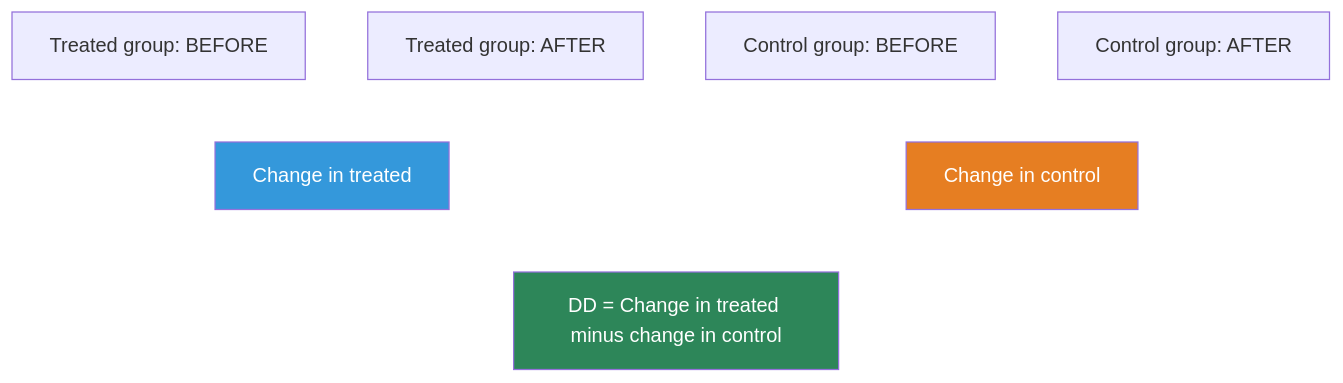
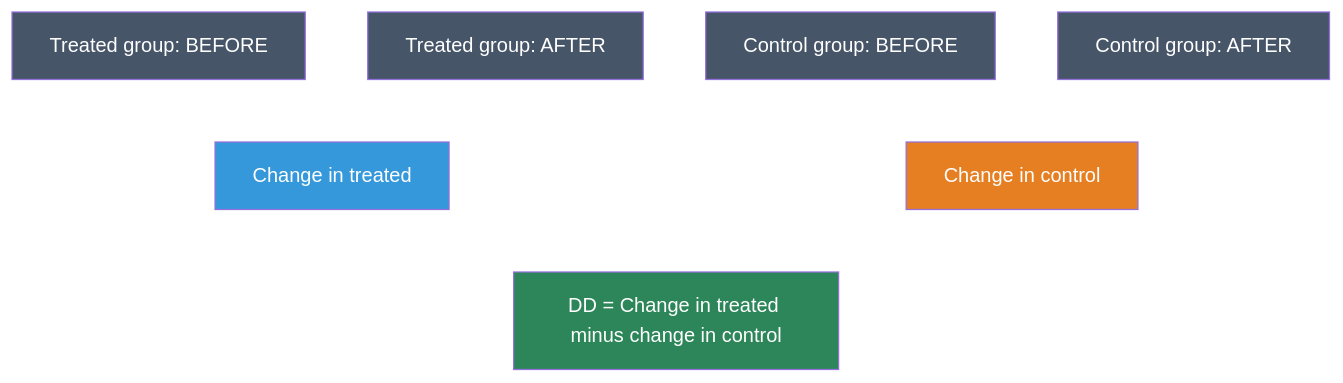
One commit to cmg777/intro2causal changed the second of 3 diagrams in notebooks_md/05-differences-in-differences.md. Above: the diagram before and after it, drawn with Mermaid. The commit also changed other lines of this file and 17 other files, not shown here.

````diff
--- a/notebooks_md/05-differences-in-differences.md
+++ b/notebooks_md/05-differences-in-differences.md
@@ -188,23 +301,27 @@
 ```mermaid
 
 graph TD
     T1["Treated group: BEFORE"]
     T2["Treated group: AFTER"]
     C1["Control group: BEFORE"]
     C2["Control group: AFTER"]
     DT["Change in treated"]
     DC["Change in control"]
     DD["DD = Change in treated minus change in control"]
 
     T1 --> DT
     T2 --> DT
     C1 --> DC
     C2 --> DC
     DT --> DD
     DC --> DD
 
+    style T1 fill:#475569,color:#fff
+    style T2 fill:#475569,color:#fff
+    style C1 fill:#475569,color:#fff
+    style C2 fill:#475569,color:#fff
     style DD fill:#2d8659,color:#fff
     style DT fill:#3498db,color:#fff
     style DC fill:#e67e22,color:#fff
     linkStyle default stroke:#fff,stroke-width:2px
 ```
````
